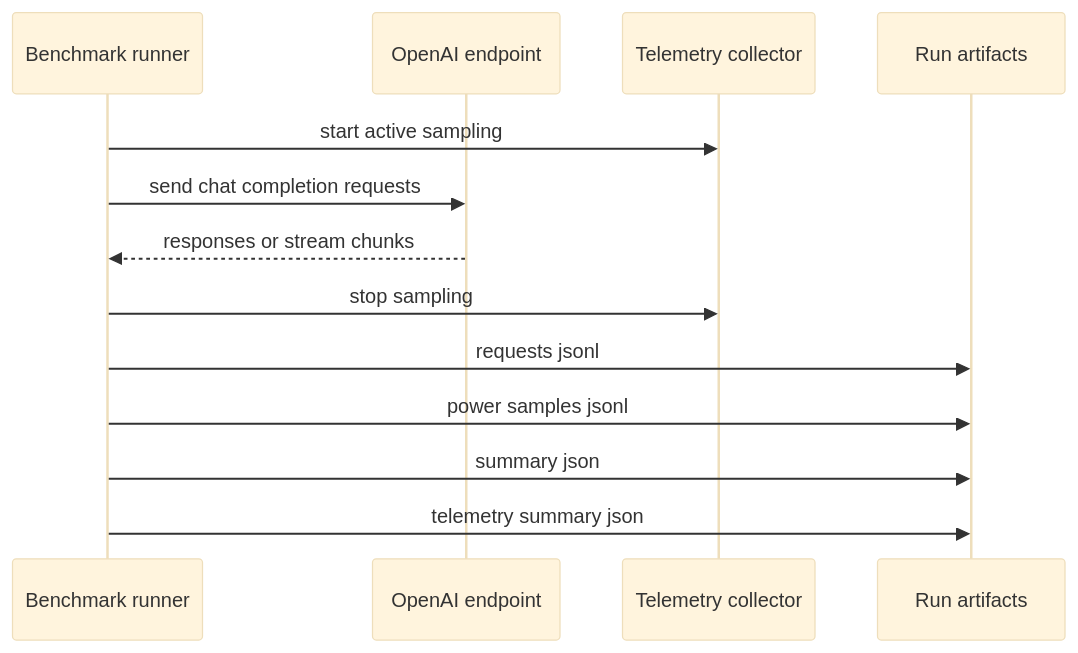
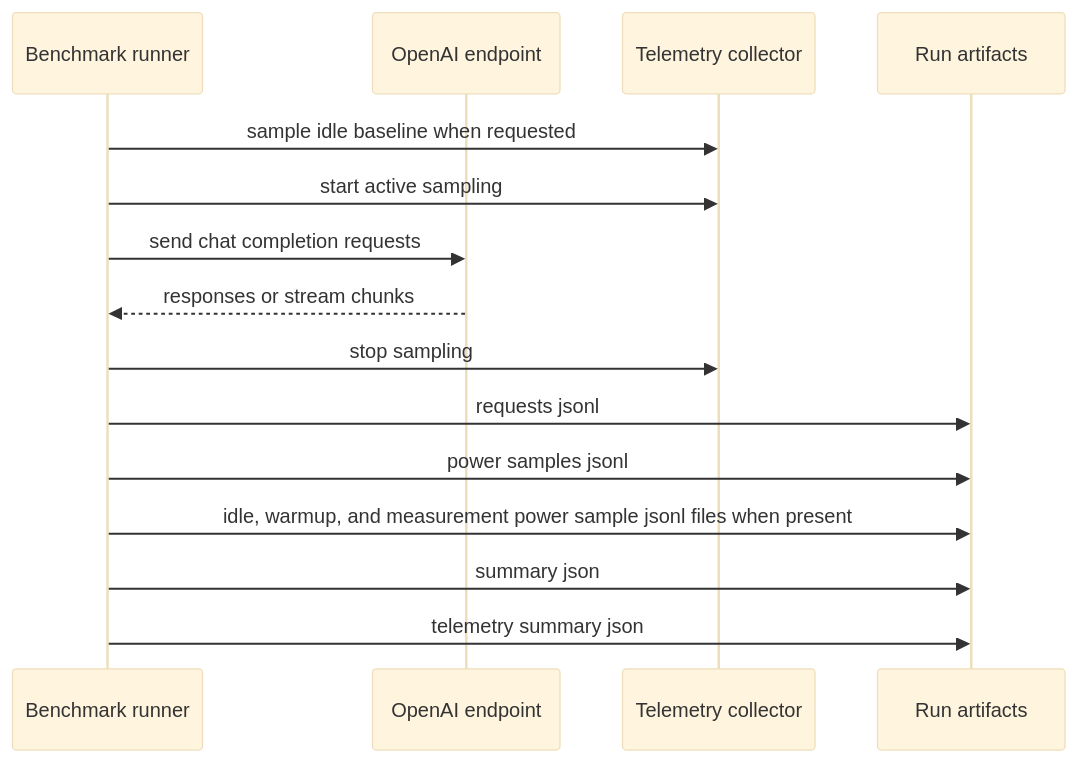
Before and after one commit to ssaketh-ch/serve-optimize: the ninth of 16 diagrams in docs/architecture.md, drawn with Mermaid (base theme). The commit also changed other lines of this file and 15 other files, not shown here.

````diff
--- a/docs/architecture.md
+++ b/docs/architecture.md
@@ -261,16 +261,18 @@
 ```mermaid
 sequenceDiagram
     participant Runner as Benchmark runner
     participant Server as OpenAI endpoint
     participant Telemetry as Telemetry collector
     participant Disk as Run artifacts
 
+    Runner->>Telemetry: sample idle baseline when requested
     Runner->>Telemetry: start active sampling
     Runner->>Server: send chat completion requests
     Server-->>Runner: responses or stream chunks
     Runner->>Telemetry: stop sampling
     Runner->>Disk: requests jsonl
     Runner->>Disk: power samples jsonl
+    Runner->>Disk: idle, warmup, and measurement power sample jsonl files when present
     Runner->>Disk: summary json
     Runner->>Disk: telemetry summary json
 ```
````
